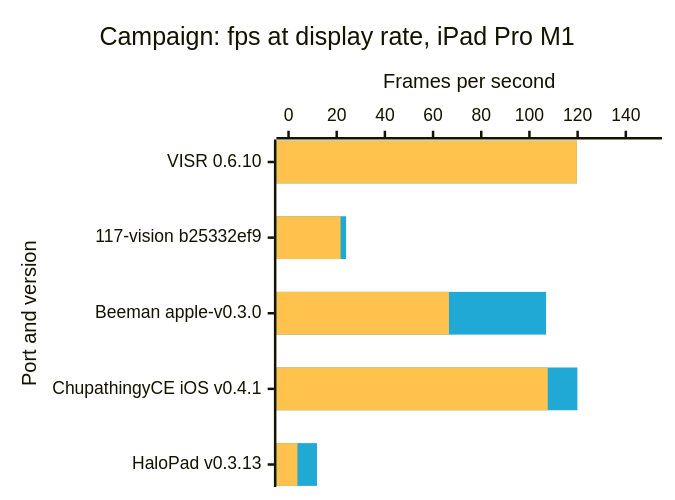
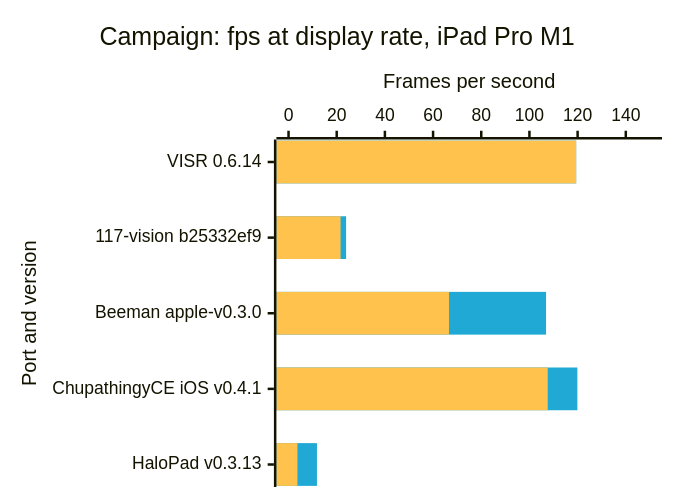
The fourth of 8 diagrams in docs/benchmarks.md (VISR-CE/visr), drawn with Mermaid before and after one commit. The commit also changed other lines of this file and 3 other files, not shown here.

````diff
--- a/docs/benchmarks.md
+++ b/docs/benchmarks.md
@@ -108,17 +108,17 @@
 ```mermaid
 ---
 config:
   xyChart:
     width: 520
     height: 380
   themeVariables:
     xyChart:
       plotColorPalette: "#1fa9d4, #ffc24d"
 ---
 xychart-beta horizontal
     title "Campaign: fps at display rate, iPad Pro M1"
-    x-axis "Port and version" ["VISR 0.6.10", "117-vision b25332ef9", "Beeman apple-v0.3.0", "ChupathingyCE iOS v0.4.1", "HaloPad v0.3.13"]
+    x-axis "Port and version" ["VISR 0.6.14", "117-vision b25332ef9", "Beeman apple-v0.3.0", "ChupathingyCE iOS v0.4.1", "HaloPad v0.3.13"]
     y-axis "Frames per second" 0 --> 150
-    bar [119.7, 23.9, 106.9, 119.9, 11.8]
-    bar [119.7, 21.6, 66.6, 107.6, 3.7]
+    bar [119.4, 23.9, 106.9, 119.9, 11.8]
+    bar [119.4, 21.6, 66.6, 107.6, 3.7]
 ```
````
